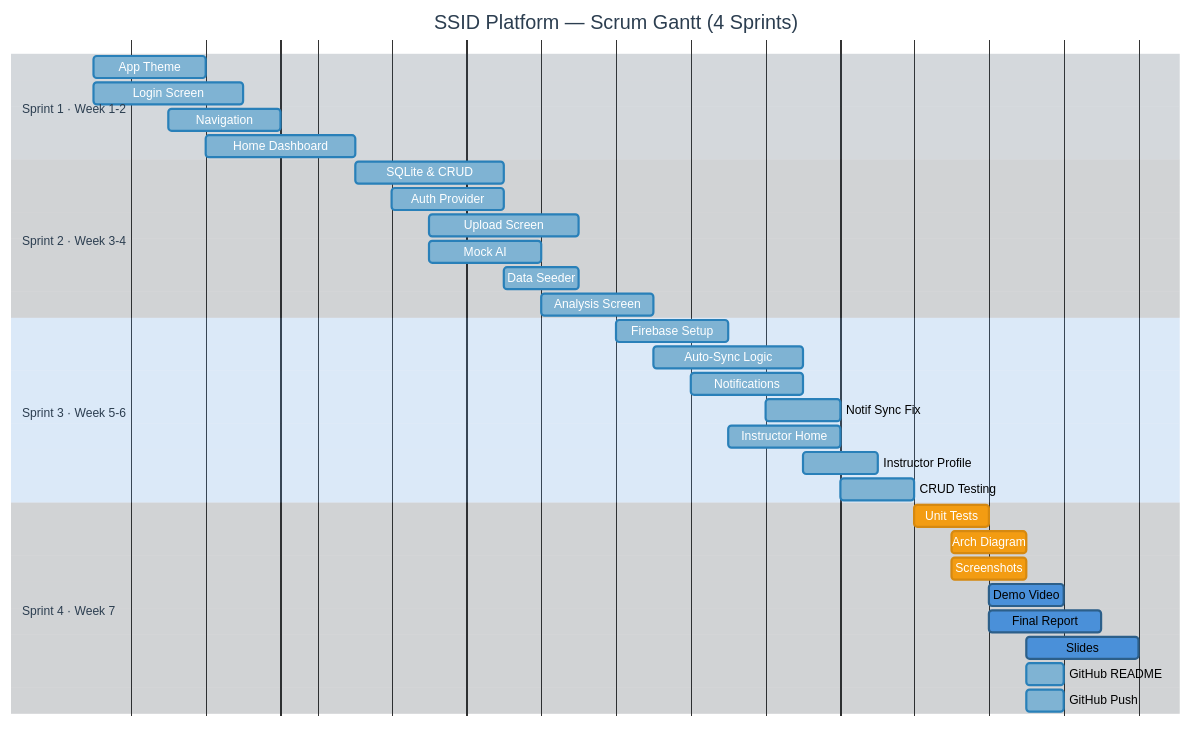
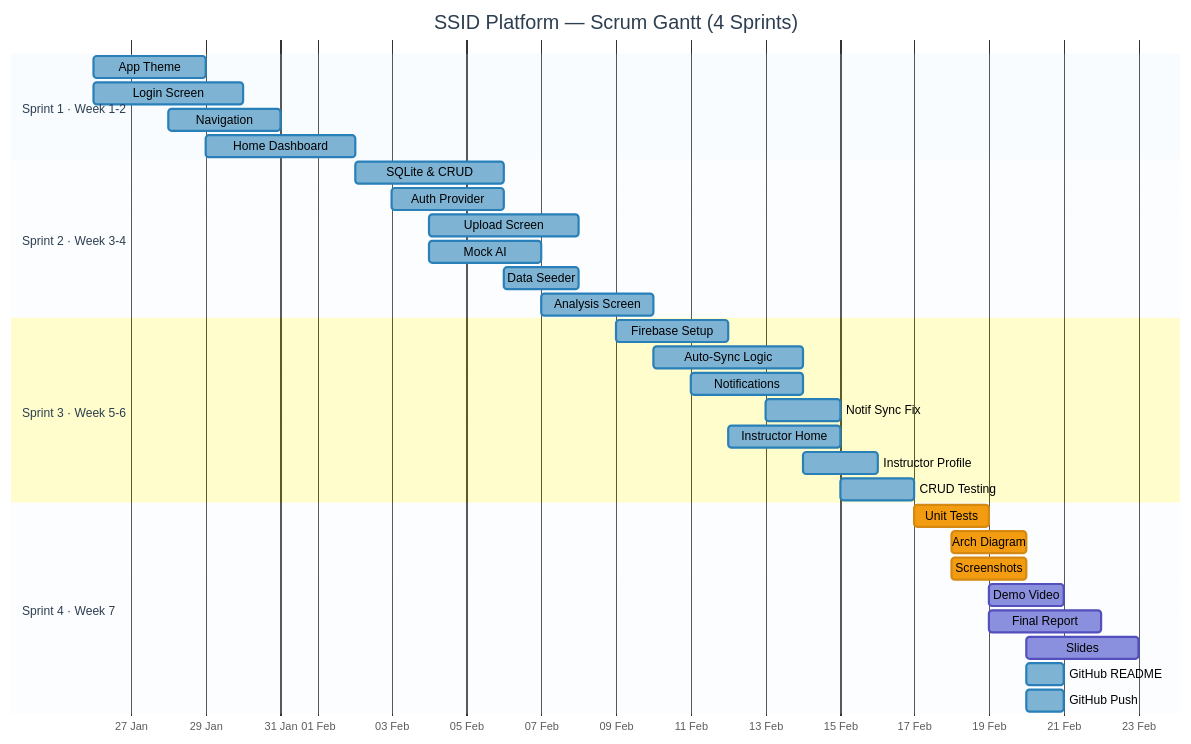
Before and after one commit to Apinan1234/ssid_app_v2-: the diagram in docs/gantt_scrum.md, drawn with Mermaid.

Commit message:
Fix: Gantt switch to theme default - light background, black text, blue section headers

````diff
--- a/docs/gantt_scrum.md
+++ b/docs/gantt_scrum.md
@@ -10,40 +10,40 @@
 ```mermaid
-%%{init: { 'theme': 'base', 'themeVariables': { 'background': '#f5f6fa', 'mainBkg': '#f5f6fa', 'primaryColor': '#4A90D9', 'primaryTextColor': '#ffffff', 'primaryBorderColor': '#2c5f8a', 'secondaryColor': '#27ae60', 'tertiaryColor': '#8e44ad', 'critBorderColor': '#e67e22', 'critBkgColor': '#e67e22', 'doneTaskBkgColor': '#7fb3d3', 'doneTaskBorderColor': '#2980b9', 'activeTaskBkgColor': '#f39c12', 'activeTaskBorderColor': '#d68910', 'taskTextColor': '#000000', 'taskTextOutsideColor': '#000000', 'taskTextLightColor': '#000000', 'sectionBkgColor': '#2c3e50', 'altSectionBkgColor': '#1a252f', 'gridColor': '#bdc3c7', 'titleColor': '#2c3e50', 'sectionBkgColorAlt': '#34495e' } } }%%
+%%{init: { 'theme': 'default', 'themeVariables': { 'background': '#f5f6fa', 'primaryColor': '#4A90D9', 'primaryTextColor': '#000000', 'primaryBorderColor': '#2c5f8a', 'lineColor': '#2c3e50', 'secondaryColor': '#27ae60', 'tertiaryColor': '#8e44ad', 'taskTextColor': '#000000', 'taskTextOutsideColor': '#000000', 'taskTextLightColor': '#000000', 'sectionBkgColor': '#ddeeff', 'altSectionBkgColor': '#eef6ff', 'gridColor': '#bdc3c7', 'titleColor': '#2c3e50', 'doneTaskBkgColor': '#7fb3d3', 'doneTaskBorderColor': '#2980b9', 'activeTaskBkgColor': '#f39c12', 'activeTaskBorderColor': '#d68910' } } }%%
 gantt
     title SSID Platform — Scrum Gantt (4 Sprints)
     dateFormat YYYY-MM-DD
     axisFormat %d %b
 
     section Sprint 1 · Week 1-2
     App Theme         :done, 2026-01-26, 3d
     Login Screen      :done, 2026-01-26, 4d
     Navigation        :done, 2026-01-28, 3d
     Home Dashboard    :done, 2026-01-29, 4d
 
     section Sprint 2 · Week 3-4
     SQLite & CRUD     :done, 2026-02-02, 4d
     Auth Provider     :done, 2026-02-03, 3d
     Upload Screen     :done, 2026-02-04, 4d
     Mock AI           :done, 2026-02-04, 3d
     Data Seeder       :done, 2026-02-06, 2d
     Analysis Screen   :done, 2026-02-07, 3d
 
     section Sprint 3 · Week 5-6
     Firebase Setup    :done, 2026-02-09, 3d
     Auto-Sync Logic   :done, 2026-02-10, 4d
     Notifications     :done, 2026-02-11, 3d
     Notif Sync Fix    :done, 2026-02-13, 2d
     Instructor Home   :done, 2026-02-12, 3d
     Instructor Profile:done, 2026-02-14, 2d
     CRUD Testing      :done, 2026-02-15, 2d
 
     section Sprint 4 · Week 7
     Unit Tests        :active, 2026-02-17, 2d
     Arch Diagram      :active, 2026-02-18, 2d
     Screenshots       :active, 2026-02-18, 2d
     Demo Video        :2026-02-19, 2d
     Final Report      :2026-02-19, 3d
     Slides            :2026-02-20, 3d
     GitHub README     :done, 2026-02-20, 1d
     GitHub Push       :done, 2026-02-20, 1d
 ```
````
